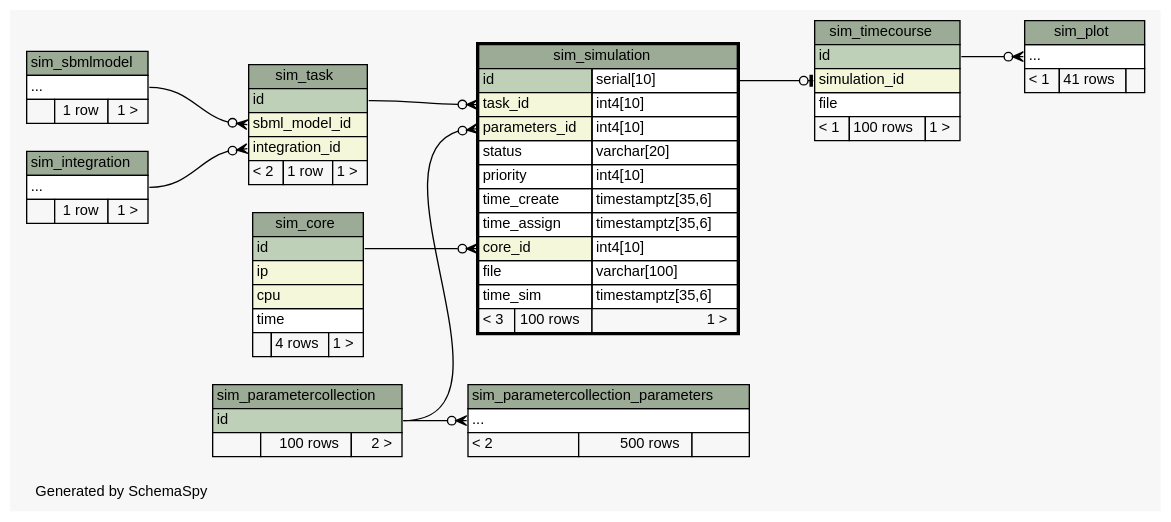
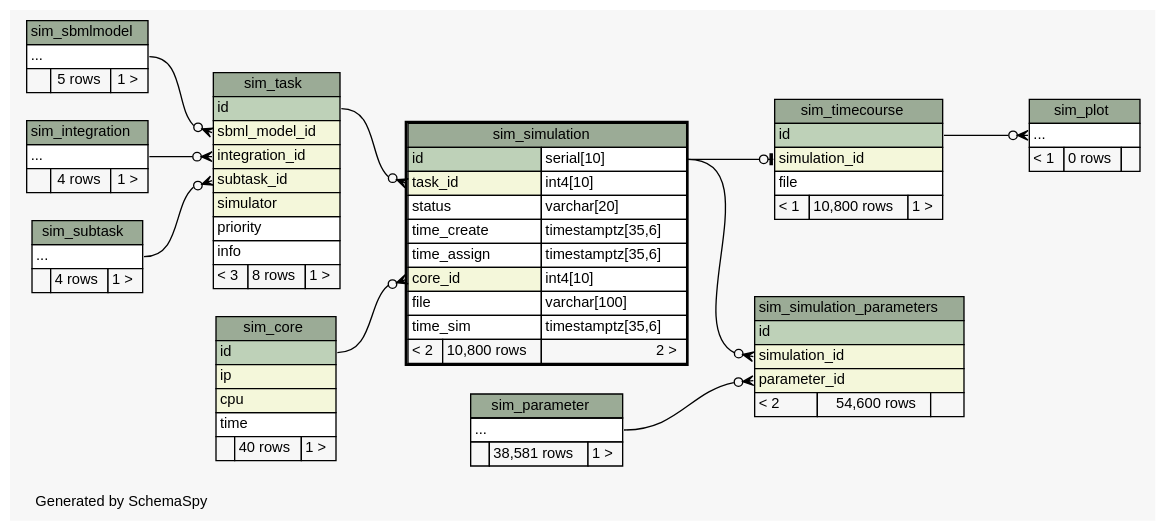
The diagram in database/schema/diagrams/sim_simulation.2degrees.dot (jingyayeah/multiscale-galactose), drawn with Graphviz before and after one commit. The commit also changed 101 other files, not shown here.

Commit message:
Database schema updated

```diff
--- a/database/schema/diagrams/sim_simulation.2degrees.dot
+++ b/database/schema/diagrams/sim_simulation.2degrees.dot
@@ -1,136 +1,151 @@
 // dot 2.26.3 on Linux 3.11.0-12-generic
 // SchemaSpy rev 590
 digraph "twoDegreesRelationshipsDiagram" {
   graph [
     rankdir="RL"
     bgcolor="#f7f7f7"
     label="\nGenerated by SchemaSpy"
     labeljust="l"
     nodesep="0.18"
     ranksep="0.46"
     fontname="Helvetica"
     fontsize="11"
   ];
   node [
     fontname="Helvetica"
     fontsize="11"
     shape="plaintext"
   ];
   edge [
     arrowsize="0.8"
   ];
-  "sim_parametercollection_parameters":"elipses":w -> "sim_parametercollection":"id":e [arrowhead=none dir=back arrowtail=crowodot];
   "sim_plot":"elipses":w -> "sim_timecourse":"id":e [arrowhead=none dir=back arrowtail=crowodot];
   "sim_simulation":"core_id":w -> "sim_core":"id":e [arrowhead=none dir=back arrowtail=crowodot];
-  "sim_simulation":"parameters_id":w -> "sim_parametercollection":"id":e [arrowhead=none dir=back arrowtail=crowodot];
   "sim_simulation":"task_id":w -> "sim_task":"id":e [arrowhead=none dir=back arrowtail=crowodot];
+  "sim_simulation_parameters":"parameter_id":w -> "sim_parameter":"elipses":e [arrowhead=none dir=back arrowtail=crowodot];
+  "sim_simulation_parameters":"simulation_id":w -> "sim_simulation":"id.type":e [arrowhead=none dir=back arrowtail=crowodot];
   "sim_task":"integration_id":w -> "sim_integration":"elipses":e [arrowhead=none dir=back arrowtail=crowodot];
   "sim_task":"sbml_model_id":w -> "sim_sbmlmodel":"elipses":e [arrowhead=none dir=back arrowtail=crowodot];
+  "sim_task":"subtask_id":w -> "sim_subtask":"elipses":e [arrowhead=none dir=back arrowtail=crowodot];
   "sim_timecourse":"simulation_id":w -> "sim_simulation":"id.type":e [arrowhead=none dir=back arrowtail=teeodot];
   "sim_core" [
     label=<
     <TABLE BORDER="0" CELLBORDER="1" CELLSPACING="0" BGCOLOR="#ffffff">
       <TR><TD COLSPAN="3" BGCOLOR="#9bab96" ALIGN="CENTER">sim_core</TD></TR>
       <TR><TD PORT="id" COLSPAN="3" BGCOLOR="#bed1b8" ALIGN="LEFT">id</TD></TR>
       <TR><TD PORT="ip" COLSPAN="3" BGCOLOR="#f4f7da" ALIGN="LEFT">ip</TD></TR>
       <TR><TD PORT="cpu" COLSPAN="3" BGCOLOR="#f4f7da" ALIGN="LEFT">cpu</TD></TR>
       <TR><TD PORT="time" COLSPAN="3" ALIGN="LEFT">time</TD></TR>
-      <TR><TD ALIGN="LEFT" BGCOLOR="#f7f7f7">  </TD><TD ALIGN="RIGHT" BGCOLOR="#f7f7f7">4 rows</TD><TD ALIGN="RIGHT" BGCOLOR="#f7f7f7">1 &gt;</TD></TR>
+      <TR><TD ALIGN="LEFT" BGCOLOR="#f7f7f7">  </TD><TD ALIGN="RIGHT" BGCOLOR="#f7f7f7">40 rows</TD><TD ALIGN="RIGHT" BGCOLOR="#f7f7f7">1 &gt;</TD></TR>
     </TABLE>>
     URL="sim_core.html"
     tooltip="sim_core"
   ];
   "sim_integration" [
     label=<
     <TABLE BORDER="0" CELLBORDER="1" CELLSPACING="0" BGCOLOR="#ffffff">
       <TR><TD COLSPAN="3" BGCOLOR="#9bab96" ALIGN="CENTER">sim_integration</TD></TR>
       <TR><TD PORT="elipses" COLSPAN="3" ALIGN="LEFT">...</TD></TR>
-      <TR><TD ALIGN="LEFT" BGCOLOR="#f7f7f7">  </TD><TD ALIGN="RIGHT" BGCOLOR="#f7f7f7">1 row</TD><TD ALIGN="RIGHT" BGCOLOR="#f7f7f7">1 &gt;</TD></TR>
+      <TR><TD ALIGN="LEFT" BGCOLOR="#f7f7f7">  </TD><TD ALIGN="RIGHT" BGCOLOR="#f7f7f7">4 rows</TD><TD ALIGN="RIGHT" BGCOLOR="#f7f7f7">1 &gt;</TD></TR>
     </TABLE>>
     URL="sim_integration.html"
     tooltip="sim_integration"
   ];
-  "sim_parametercollection" [
+  "sim_parameter" [
     label=<
     <TABLE BORDER="0" CELLBORDER="1" CELLSPACING="0" BGCOLOR="#ffffff">
-      <TR><TD COLSPAN="3" BGCOLOR="#9bab96" ALIGN="CENTER">sim_parametercollection</TD></TR>
-      <TR><TD PORT="id" COLSPAN="3" BGCOLOR="#bed1b8" ALIGN="LEFT">id</TD></TR>
-      <TR><TD ALIGN="LEFT" BGCOLOR="#f7f7f7">  </TD><TD ALIGN="RIGHT" BGCOLOR="#f7f7f7">100 rows</TD><TD ALIGN="RIGHT" BGCOLOR="#f7f7f7">2 &gt;</TD></TR>
+      <TR><TD COLSPAN="3" BGCOLOR="#9bab96" ALIGN="CENTER">sim_parameter</TD></TR>
+      <TR><TD PORT="elipses" COLSPAN="3" ALIGN="LEFT">...</TD></TR>
+      <TR><TD ALIGN="LEFT" BGCOLOR="#f7f7f7">  </TD><TD ALIGN="RIGHT" BGCOLOR="#f7f7f7">38,581 rows</TD><TD ALIGN="RIGHT" BGCOLOR="#f7f7f7">1 &gt;</TD></TR>
     </TABLE>>
-    URL="sim_parametercollection.html"
-    tooltip="sim_parametercollection"
-  ];
-  "sim_parametercollection_parameters" [
-    label=<
-    <TABLE BORDER="0" CELLBORDER="1" CELLSPACING="0" BGCOLOR="#ffffff">
-      <TR><TD COLSPAN="3" BGCOLOR="#9bab96" ALIGN="CENTER">sim_parametercollection_parameters</TD></TR>
-      <TR><TD PORT="elipses" COLSPAN="3" ALIGN="LEFT">...</TD></TR>
-      <TR><TD ALIGN="LEFT" BGCOLOR="#f7f7f7">&lt; 2</TD><TD ALIGN="RIGHT" BGCOLOR="#f7f7f7">500 rows</TD><TD ALIGN="RIGHT" BGCOLOR="#f7f7f7">  </TD></TR>
-    </TABLE>>
-    URL="sim_parametercollection_parameters.html"
-    tooltip="sim_parametercollection_parameters"
+    URL="sim_parameter.html"
+    tooltip="sim_parameter"
   ];
   "sim_plot" [
     label=<
     <TABLE BORDER="0" CELLBORDER="1" CELLSPACING="0" BGCOLOR="#ffffff">
       <TR><TD COLSPAN="3" BGCOLOR="#9bab96" ALIGN="CENTER">sim_plot</TD></TR>
       <TR><TD PORT="elipses" COLSPAN="3" ALIGN="LEFT">...</TD></TR>
-      <TR><TD ALIGN="LEFT" BGCOLOR="#f7f7f7">&lt; 1</TD><TD ALIGN="RIGHT" BGCOLOR="#f7f7f7">41 rows</TD><TD ALIGN="RIGHT" BGCOLOR="#f7f7f7">  </TD></TR>
+      <TR><TD ALIGN="LEFT" BGCOLOR="#f7f7f7">&lt; 1</TD><TD ALIGN="RIGHT" BGCOLOR="#f7f7f7">0 rows</TD><TD ALIGN="RIGHT" BGCOLOR="#f7f7f7">  </TD></TR>
     </TABLE>>
     URL="sim_plot.html"
     tooltip="sim_plot"
   ];
   "sim_sbmlmodel" [
     label=<
     <TABLE BORDER="0" CELLBORDER="1" CELLSPACING="0" BGCOLOR="#ffffff">
       <TR><TD COLSPAN="3" BGCOLOR="#9bab96" ALIGN="CENTER">sim_sbmlmodel</TD></TR>
       <TR><TD PORT="elipses" COLSPAN="3" ALIGN="LEFT">...</TD></TR>
-      <TR><TD ALIGN="LEFT" BGCOLOR="#f7f7f7">  </TD><TD ALIGN="RIGHT" BGCOLOR="#f7f7f7">1 row</TD><TD ALIGN="RIGHT" BGCOLOR="#f7f7f7">1 &gt;</TD></TR>
+      <TR><TD ALIGN="LEFT" BGCOLOR="#f7f7f7">  </TD><TD ALIGN="RIGHT" BGCOLOR="#f7f7f7">5 rows</TD><TD ALIGN="RIGHT" BGCOLOR="#f7f7f7">1 &gt;</TD></TR>
     </TABLE>>
     URL="sim_sbmlmodel.html"
     tooltip="sim_sbmlmodel"
   ];
   "sim_simulation" [
     label=<
     <TABLE BORDER="2" CELLBORDER="1" CELLSPACING="0" BGCOLOR="#ffffff">
       <TR><TD COLSPAN="3" BGCOLOR="#9bab96" ALIGN="CENTER">sim_simulation</TD></TR>
       <TR><TD PORT="id" COLSPAN="2" BGCOLOR="#bed1b8" ALIGN="LEFT">id</TD><TD PORT="id.type" ALIGN="LEFT">serial[10]</TD></TR>
       <TR><TD PORT="task_id" COLSPAN="2" BGCOLOR="#f4f7da" ALIGN="LEFT">task_id</TD><TD PORT="task_id.type" ALIGN="LEFT">int4[10]</TD></TR>
-      <TR><TD PORT="parameters_id" COLSPAN="2" BGCOLOR="#f4f7da" ALIGN="LEFT">parameters_id</TD><TD PORT="parameters_id.type" ALIGN="LEFT">int4[10]</TD></TR>
       <TR><TD PORT="status" COLSPAN="2" ALIGN="LEFT">status</TD><TD PORT="status.type" ALIGN="LEFT">varchar[20]</TD></TR>
-      <TR><TD PORT="priority" COLSPAN="2" ALIGN="LEFT">priority</TD><TD PORT="priority.type" ALIGN="LEFT">int4[10]</TD></TR>
       <TR><TD PORT="time_create" COLSPAN="2" ALIGN="LEFT">time_create</TD><TD PORT="time_create.type" ALIGN="LEFT">timestamptz[35,6]</TD></TR>
       <TR><TD PORT="time_assign" COLSPAN="2" ALIGN="LEFT">time_assign</TD><TD PORT="time_assign.type" ALIGN="LEFT">timestamptz[35,6]</TD></TR>
       <TR><TD PORT="core_id" COLSPAN="2" BGCOLOR="#f4f7da" ALIGN="LEFT">core_id</TD><TD PORT="core_id.type" ALIGN="LEFT">int4[10]</TD></TR>
       <TR><TD PORT="file" COLSPAN="2" ALIGN="LEFT">file</TD><TD PORT="file.type" ALIGN="LEFT">varchar[100]</TD></TR>
       <TR><TD PORT="time_sim" COLSPAN="2" ALIGN="LEFT">time_sim</TD><TD PORT="time_sim.type" ALIGN="LEFT">timestamptz[35,6]</TD></TR>
-      <TR><TD ALIGN="LEFT" BGCOLOR="#f7f7f7">&lt; 3</TD><TD ALIGN="RIGHT" BGCOLOR="#f7f7f7">100 rows</TD><TD ALIGN="RIGHT" BGCOLOR="#f7f7f7">1 &gt;</TD></TR>
+      <TR><TD ALIGN="LEFT" BGCOLOR="#f7f7f7">&lt; 2</TD><TD ALIGN="RIGHT" BGCOLOR="#f7f7f7">10,800 rows</TD><TD ALIGN="RIGHT" BGCOLOR="#f7f7f7">2 &gt;</TD></TR>
     </TABLE>>
     URL="sim_simulation.html"
     tooltip="sim_simulation"
+  ];
+  "sim_simulation_parameters" [
+    label=<
+    <TABLE BORDER="0" CELLBORDER="1" CELLSPACING="0" BGCOLOR="#ffffff">
+      <TR><TD COLSPAN="3" BGCOLOR="#9bab96" ALIGN="CENTER">sim_simulation_parameters</TD></TR>
+      <TR><TD PORT="id" COLSPAN="3" BGCOLOR="#bed1b8" ALIGN="LEFT">id</TD></TR>
+      <TR><TD PORT="simulation_id" COLSPAN="3" BGCOLOR="#f4f7da" ALIGN="LEFT">simulation_id</TD></TR>
+      <TR><TD PORT="parameter_id" COLSPAN="3" BGCOLOR="#f4f7da" ALIGN="LEFT">parameter_id</TD></TR>
+      <TR><TD ALIGN="LEFT" BGCOLOR="#f7f7f7">&lt; 2</TD><TD ALIGN="RIGHT" BGCOLOR="#f7f7f7">54,600 rows</TD><TD ALIGN="RIGHT" BGCOLOR="#f7f7f7">  </TD></TR>
+    </TABLE>>
+    URL="sim_simulation_parameters.html"
+    tooltip="sim_simulation_parameters"
+  ];
+  "sim_subtask" [
+    label=<
+    <TABLE BORDER="0" CELLBORDER="1" CELLSPACING="0" BGCOLOR="#ffffff">
+      <TR><TD COLSPAN="3" BGCOLOR="#9bab96" ALIGN="CENTER">sim_subtask</TD></TR>
+      <TR><TD PORT="elipses" COLSPAN="3" ALIGN="LEFT">...</TD></TR>
+      <TR><TD ALIGN="LEFT" BGCOLOR="#f7f7f7">  </TD><TD ALIGN="RIGHT" BGCOLOR="#f7f7f7">4 rows</TD><TD ALIGN="RIGHT" BGCOLOR="#f7f7f7">1 &gt;</TD></TR>
+    </TABLE>>
+    URL="sim_subtask.html"
+    tooltip="sim_subtask"
   ];
   "sim_task" [
     label=<
     <TABLE BORDER="0" CELLBORDER="1" CELLSPACING="0" BGCOLOR="#ffffff">
       <TR><TD COLSPAN="3" BGCOLOR="#9bab96" ALIGN="CENTER">sim_task</TD></TR>
       <TR><TD PORT="id" COLSPAN="3" BGCOLOR="#bed1b8" ALIGN="LEFT">id</TD></TR>
       <TR><TD PORT="sbml_model_id" COLSPAN="3" BGCOLOR="#f4f7da" ALIGN="LEFT">sbml_model_id</TD></TR>
       <TR><TD PORT="integration_id" COLSPAN="3" BGCOLOR="#f4f7da" ALIGN="LEFT">integration_id</TD></TR>
-      <TR><TD ALIGN="LEFT" BGCOLOR="#f7f7f7">&lt; 2</TD><TD ALIGN="RIGHT" BGCOLOR="#f7f7f7">1 row</TD><TD ALIGN="RIGHT" BGCOLOR="#f7f7f7">1 &gt;</TD></TR>
+      <TR><TD PORT="subtask_id" COLSPAN="3" BGCOLOR="#f4f7da" ALIGN="LEFT">subtask_id</TD></TR>
+      <TR><TD PORT="simulator" COLSPAN="3" BGCOLOR="#f4f7da" ALIGN="LEFT">simulator</TD></TR>
+      <TR><TD PORT="priority" COLSPAN="3" ALIGN="LEFT">priority</TD></TR>
+      <TR><TD PORT="info" COLSPAN="3" ALIGN="LEFT">info</TD></TR>
+      <TR><TD ALIGN="LEFT" BGCOLOR="#f7f7f7">&lt; 3</TD><TD ALIGN="RIGHT" BGCOLOR="#f7f7f7">8 rows</TD><TD ALIGN="RIGHT" BGCOLOR="#f7f7f7">1 &gt;</TD></TR>
     </TABLE>>
     URL="sim_task.html"
     tooltip="sim_task"
   ];
   "sim_timecourse" [
     label=<
     <TABLE BORDER="0" CELLBORDER="1" CELLSPACING="0" BGCOLOR="#ffffff">
       <TR><TD COLSPAN="3" BGCOLOR="#9bab96" ALIGN="CENTER">sim_timecourse</TD></TR>
       <TR><TD PORT="id" COLSPAN="3" BGCOLOR="#bed1b8" ALIGN="LEFT">id</TD></TR>
       <TR><TD PORT="simulation_id" COLSPAN="3" BGCOLOR="#f4f7da" ALIGN="LEFT">simulation_id</TD></TR>
       <TR><TD PORT="file" COLSPAN="3" ALIGN="LEFT">file</TD></TR>
-      <TR><TD ALIGN="LEFT" BGCOLOR="#f7f7f7">&lt; 1</TD><TD ALIGN="RIGHT" BGCOLOR="#f7f7f7">100 rows</TD><TD ALIGN="RIGHT" BGCOLOR="#f7f7f7">1 &gt;</TD></TR>
+      <TR><TD ALIGN="LEFT" BGCOLOR="#f7f7f7">&lt; 1</TD><TD ALIGN="RIGHT" BGCOLOR="#f7f7f7">10,800 rows</TD><TD ALIGN="RIGHT" BGCOLOR="#f7f7f7">1 &gt;</TD></TR>
     </TABLE>>
     URL="sim_timecourse.html"
     tooltip="sim_timecourse"
   ];
 }
```
